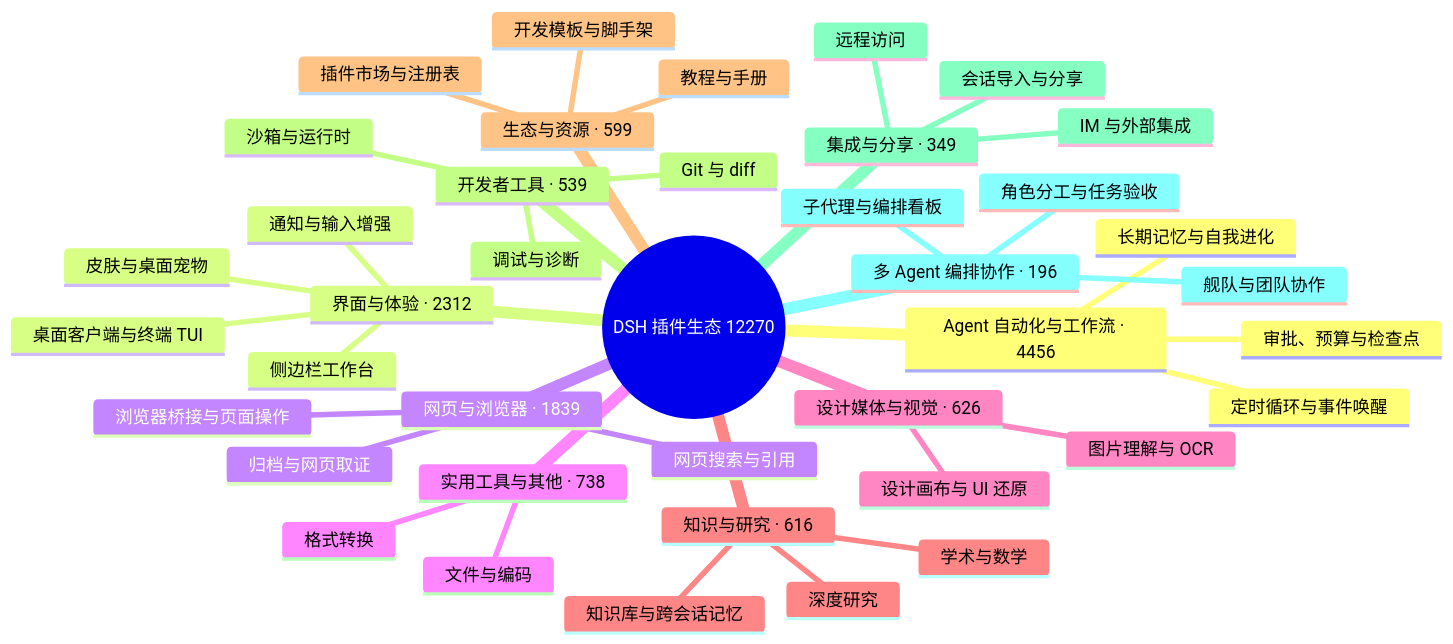
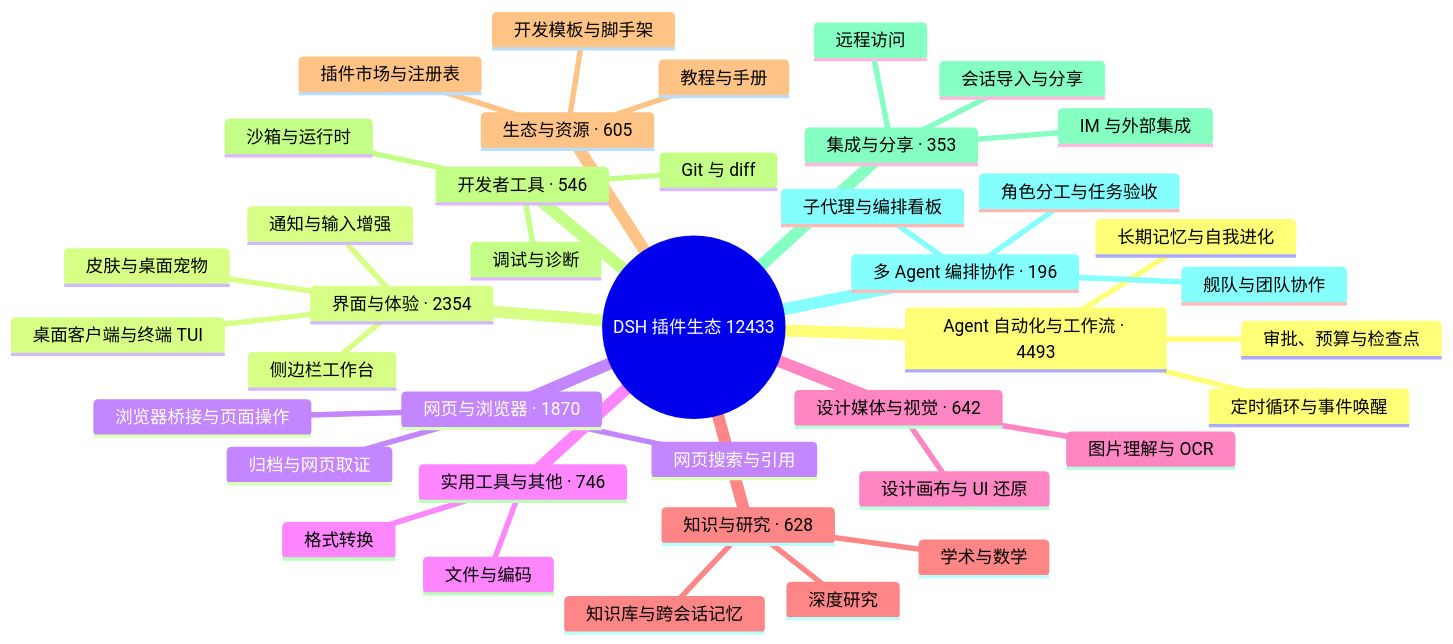
The diagram in README.md (BOWLUNA/awesome-dsh-plugin), drawn with Mermaid before and after one commit. The commit also changed other lines of this file and 21 other files, not shown here.

````diff
--- a/README.md
+++ b/README.md
@@ -33,43 +33,43 @@
 ```mermaid
 mindmap
-  root((DSH 插件生态 12270))
-    Agent 自动化与工作流 · 4456
+  root((DSH 插件生态 12433))
+    Agent 自动化与工作流 · 4493
       定时循环与事件唤醒
       长期记忆与自我进化
       审批、预算与检查点
-    界面与体验 · 2312
+    界面与体验 · 2354
       桌面客户端与终端 TUI
       侧边栏工作台
       皮肤与桌面宠物
       通知与输入增强
-    网页与浏览器 · 1839
+    网页与浏览器 · 1870
       浏览器桥接与页面操作
       网页搜索与引用
       归档与网页取证
-    实用工具与其他 · 738
+    实用工具与其他 · 746
       文件与编码
       格式转换
-    设计媒体与视觉 · 626
+    设计媒体与视觉 · 642
       图片理解与 OCR
       设计画布与 UI 还原
-    知识与研究 · 616
+    知识与研究 · 628
       知识库与跨会话记忆
       深度研究
       学术与数学
-    生态与资源 · 599
+    生态与资源 · 605
       插件市场与注册表
       开发模板与脚手架
       教程与手册
-    开发者工具 · 539
+    开发者工具 · 546
       Git 与 diff
       沙箱与运行时
       调试与诊断
-    集成与分享 · 349
+    集成与分享 · 353
       会话导入与分享
       远程访问
       IM 与外部集成
     多 Agent 编排协作 · 196
       子代理与编排看板
       舰队与团队协作
       角色分工与任务验收
 ```
````
